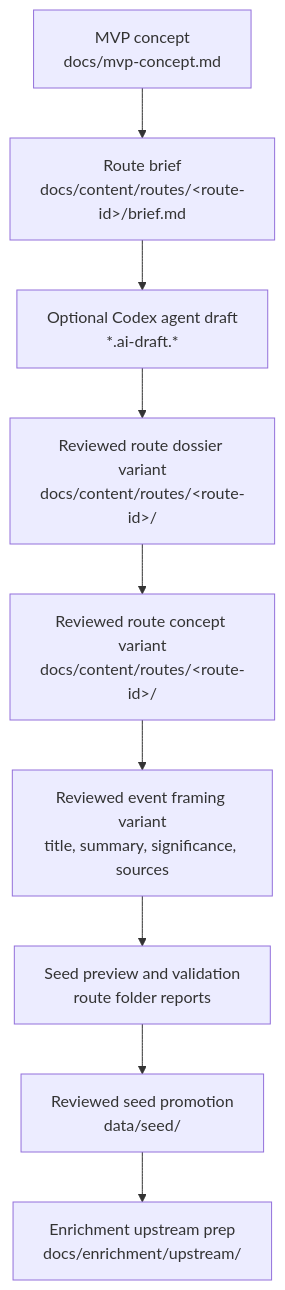
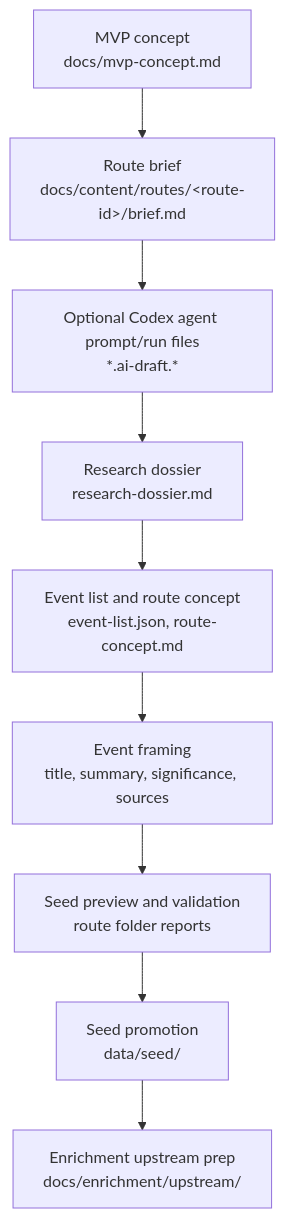
Before and after one commit to gititinyoursoul/soundatlas: the diagram in docs/content/editorial-workflow.md, drawn with Mermaid. The commit also changed other lines of this file and 4 other files, not shown here.

First line of the commit message:
refactor(content): refactor route content pipeline tests and documentation for clarity and consistency

````diff
--- a/docs/content/editorial-workflow.md
+++ b/docs/content/editorial-workflow.md
@@ -18,11 +18,11 @@
 ```mermaid
 flowchart TD
   A["MVP concept<br/>docs/mvp-concept.md"] --> B["Route brief<br/>docs/content/routes/&lt;route-id&gt;/brief.md"]
-  B --> I["Optional Codex agent draft<br/>*.ai-draft.*"]
-  I --> C["Reviewed route dossier variant<br/>docs/content/routes/&lt;route-id&gt;/"]
-  C --> D["Reviewed route concept variant<br/>docs/content/routes/&lt;route-id&gt;/"]
-  D --> E["Reviewed event framing variant<br/>title, summary, significance, sources"]
+  B --> I["Optional Codex agent prompt/run files<br/>*.ai-draft.*"]
+  I --> C["Research dossier<br/>research-dossier.md"]
+  C --> D["Event list and route concept<br/>event-list.json, route-concept.md"]
+  D --> E["Event framing<br/>title, summary, significance, sources"]
   E --> H["Seed preview and validation<br/>route folder reports"]
-  H --> F["Reviewed seed promotion<br/>data/seed/"]
+  H --> F["Seed promotion<br/>data/seed/"]
   F --> G["Enrichment upstream prep<br/>docs/enrichment/upstream/"]
 ```
````
